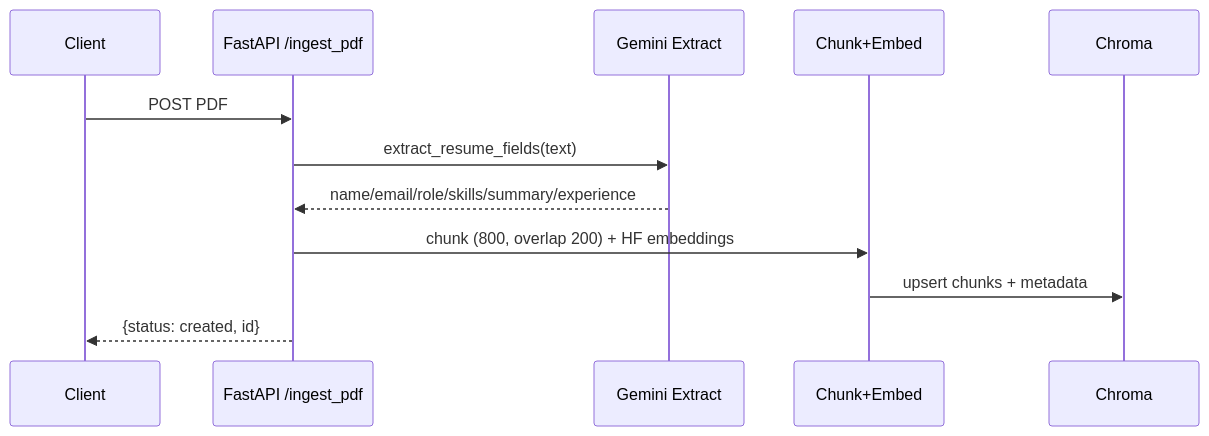
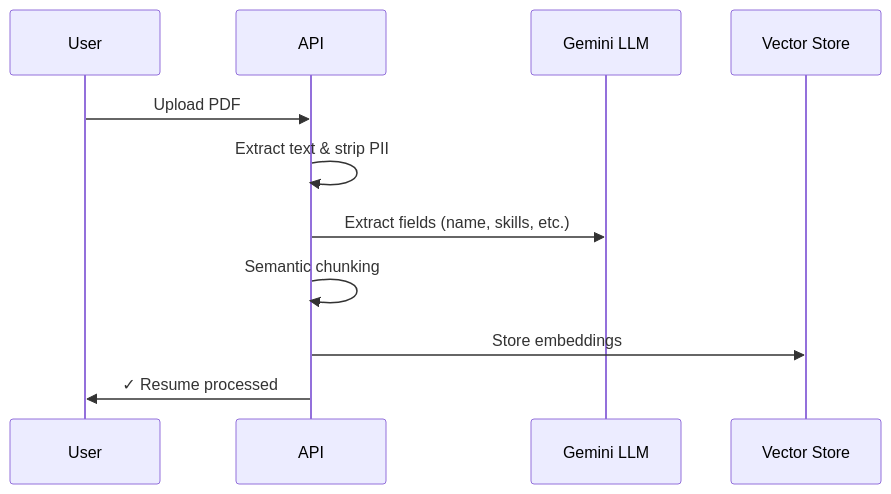
The second of 4 diagrams in README.md (Priyanshukumaranand/mcp-resume-engine), drawn with Mermaid before and after one commit. The commit also changed other lines of this file and 477 other files, not shown here.

````diff
--- a/README.md
+++ b/README.md
@@ -28,14 +94,14 @@
 ```mermaid
 sequenceDiagram
-		participant U as Client
-		participant A as FastAPI /ingest_pdf
-		participant G as Gemini Extract
-		participant C as Chunk+Embed
-		participant V as Chroma
-		U->>A: POST PDF
-		A->>G: extract_resume_fields(text)
-		G-->>A: name/email/role/skills/summary/experience
-		A->>C: chunk (800, overlap 200) + HF embeddings
-		C->>V: upsert chunks + metadata
-		A-->>U: {status: created, id}
+    participant User
+    participant API
+    participant LLM as Gemini LLM
+    participant Vec as Vector Store
+    
+    User->>API: Upload PDF
+    API->>API: Extract text & strip PII
+    API->>LLM: Extract fields (name, skills, etc.)
+    API->>API: Semantic chunking
+    API->>Vec: Store embeddings
+    API->>User: ✓ Resume processed
 ```
````
